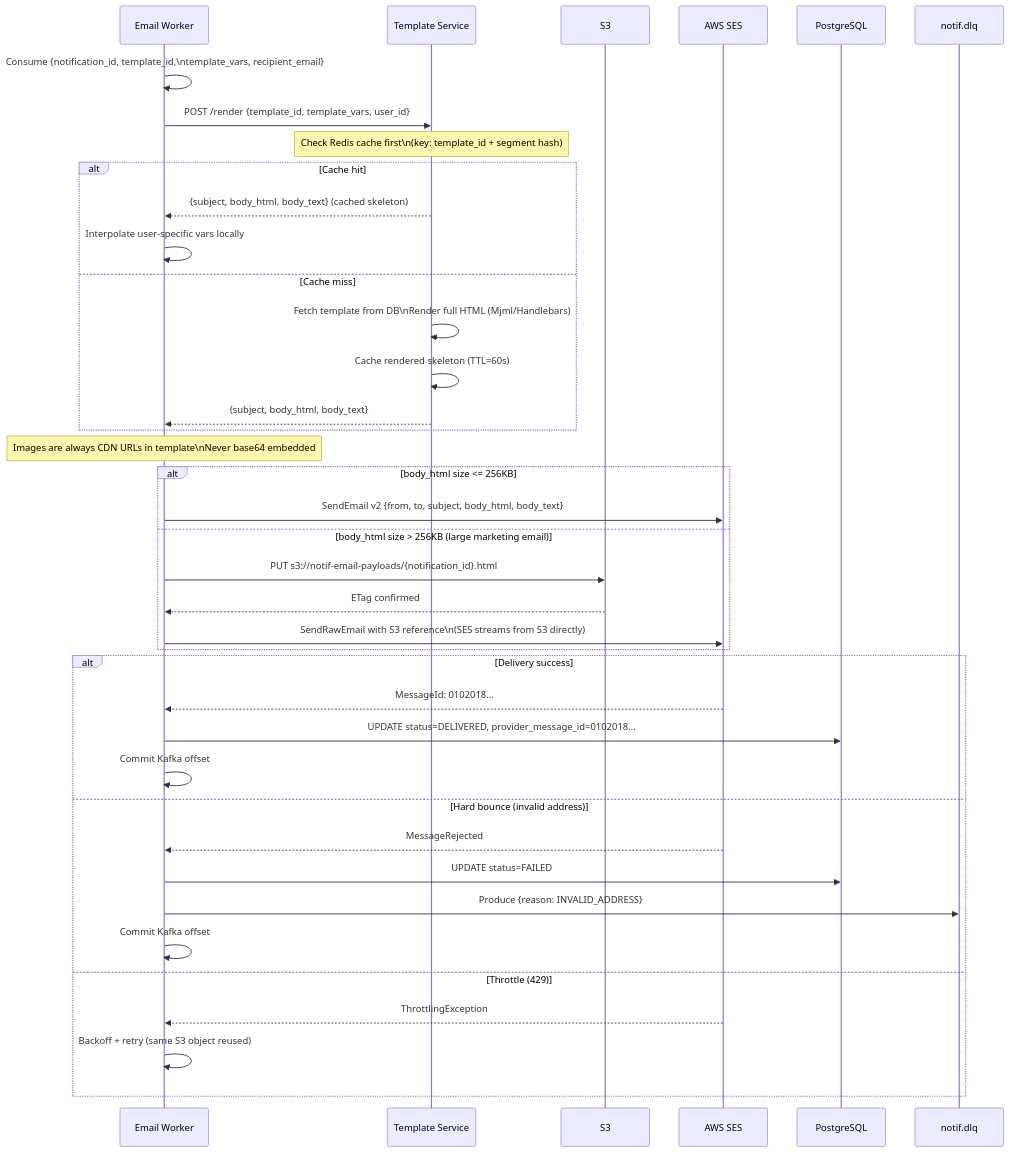
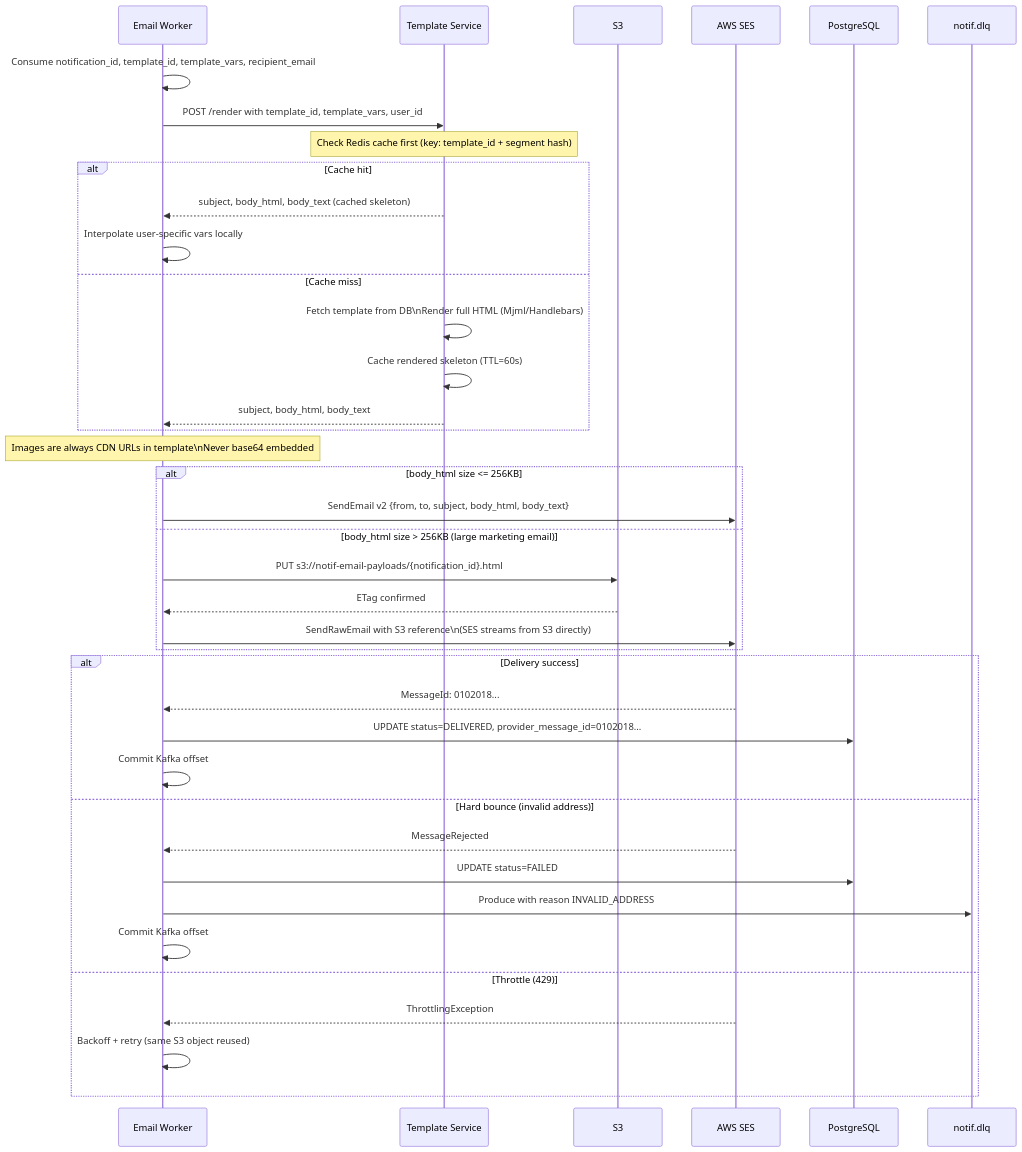
Before and after one commit to bindian0509/system-design: the fifth of 7 diagrams in notification-service/design/channel-workers.md, drawn with Mermaid. The commit also changed other lines of this file and 9 other files, not shown here.

Commit message:
fixing mermaid

````diff
--- a/notification-service/design/channel-workers.md
+++ b/notification-service/design/channel-workers.md
@@ -204,46 +204,46 @@
 ```mermaid
 sequenceDiagram
     participant Worker as Email Worker
     participant TS as Template Service
     participant S3 as S3
     participant SES as AWS SES
     participant PG as PostgreSQL
     participant DLQ as notif.dlq
 
-    Worker->>Worker: Consume {notification_id, template_id,\ntemplate_vars, recipient_email}
+    Worker->>Worker: Consume notification_id, template_id, template_vars, recipient_email
 
-    Worker->>TS: POST /render {template_id, template_vars, user_id}
-    Note over TS: Check Redis cache first\n(key: template_id + segment hash)
+    Worker->>TS: POST /render with template_id, template_vars, user_id
+    Note over TS: Check Redis cache first (key: template_id + segment hash)
     alt Cache hit
-        TS-->>Worker: {subject, body_html, body_text} (cached skeleton)
+        TS-->>Worker: subject, body_html, body_text (cached skeleton)
         Worker->>Worker: Interpolate user-specific vars locally
     else Cache miss
         TS->>TS: Fetch template from DB\nRender full HTML (Mjml/Handlebars)
         TS->>TS: Cache rendered skeleton (TTL=60s)
-        TS-->>Worker: {subject, body_html, body_text}
+        TS-->>Worker: subject, body_html, body_text
     end
 
     Note over Worker: Images are always CDN URLs in template\nNever base64 embedded
 
     alt body_html size <= 256KB
         Worker->>SES: SendEmail v2 {from, to, subject, body_html, body_text}
     else body_html size > 256KB (large marketing email)
         Worker->>S3: PUT s3://notif-email-payloads/{notification_id}.html
         S3-->>Worker: ETag confirmed
         Worker->>SES: SendRawEmail with S3 reference\n(SES streams from S3 directly)
     end
 
     alt Delivery success
         SES-->>Worker: MessageId: 0102018...
         Worker->>PG: UPDATE status=DELIVERED, provider_message_id=0102018...
         Worker->>Worker: Commit Kafka offset
     else Hard bounce (invalid address)
         SES-->>Worker: MessageRejected
         Worker->>PG: UPDATE status=FAILED
-        Worker->>DLQ: Produce {reason: INVALID_ADDRESS}
+        Worker->>DLQ: Produce with reason INVALID_ADDRESS
         Worker->>Worker: Commit Kafka offset
     else Throttle (429)
         SES-->>Worker: ThrottlingException
         Worker->>Worker: Backoff + retry (same S3 object reused)
     end
 ```
````
